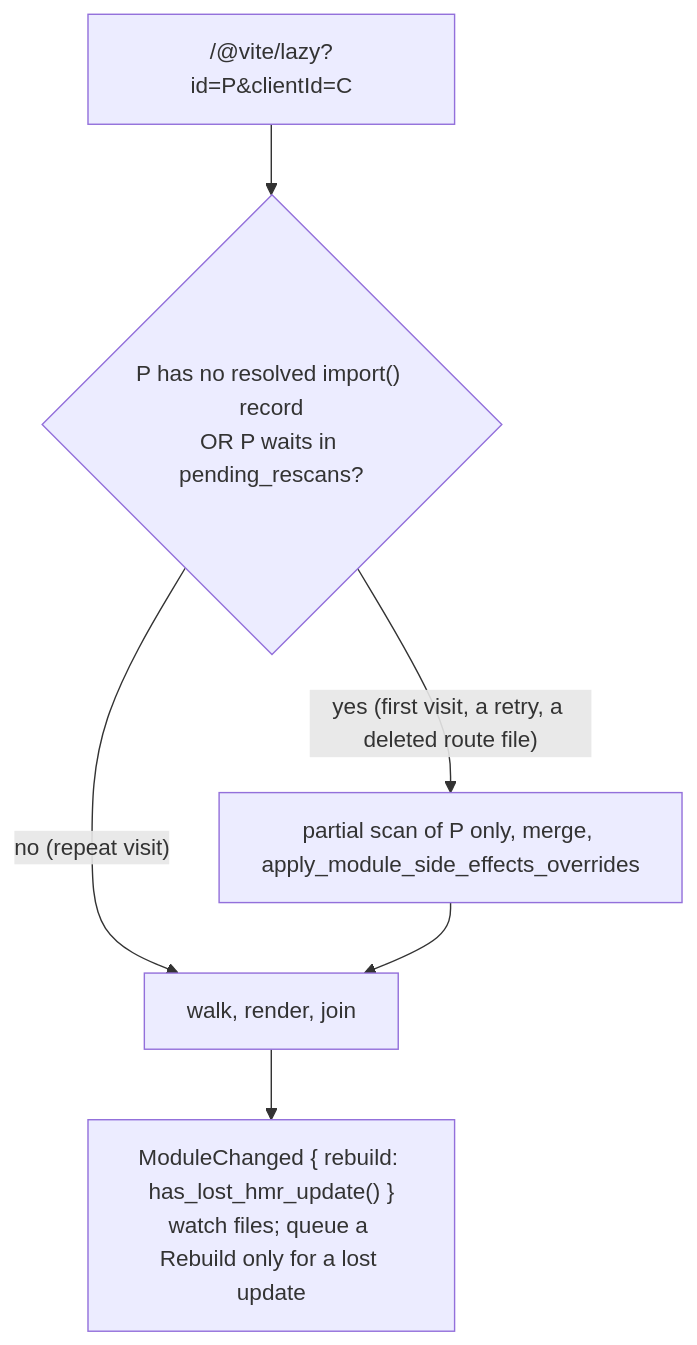
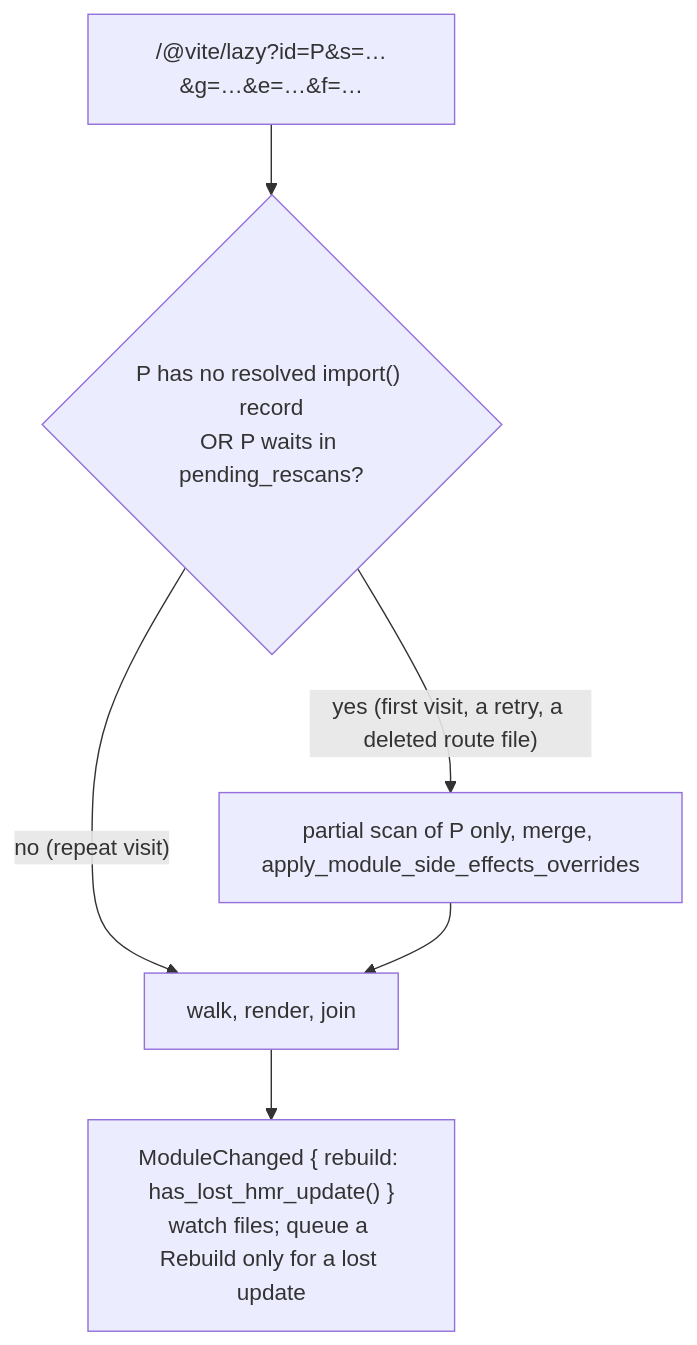
The second of 2 diagrams in internal-docs/lazy-compilation/design.md (rolldown/rolldown), drawn with Mermaid before and after one commit. The commit also changed other lines of this file and 194 other files, not shown here.

````diff
--- a/internal-docs/lazy-compilation/design.md
+++ b/internal-docs/lazy-compilation/design.md
@@ -202,8 +203,8 @@
 ```mermaid
 flowchart TD
-  R["/@vite/lazy?id=P&clientId=C"] --> F{"P has no resolved import() record<br/>OR P waits in pending_rescans?"}
+  R["/@vite/lazy?id=P&s=…&g=…&e=…&f=…"] --> F{"P has no resolved import() record<br/>OR P waits in pending_rescans?"}
   F -- "yes (first visit, a retry, a deleted route file)" --> Scan["partial scan of P only, merge, apply_module_side_effects_overrides"]
   F -- "no (repeat visit)" --> Sel
   Scan --> Sel["walk, render, join"]
   Sel --> MC["ModuleChanged { rebuild: has_lost_hmr_update() }<br/>watch files; queue a Rebuild only for a lost update"]
 ```
````
